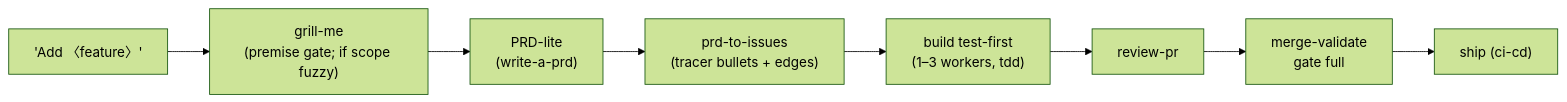
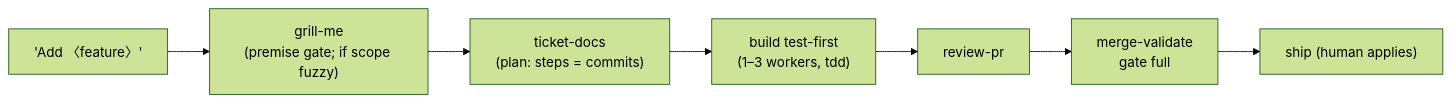
The second of 5 diagrams in docs/workflows.md (KSriki/agent-harness-template), drawn with Mermaid (forest theme) before and after one commit. The commit also changed other lines of this file and 41 other files, not shown here.

````diff
--- a/docs/workflows.md
+++ b/docs/workflows.md
@@ -33,4 +32,4 @@
 ```mermaid
 flowchart LR
-    A["'Add 〈feature〉'"] --> G["grill-me<br/>(premise gate; if scope fuzzy)"] --> P["PRD-lite<br/>(write-a-prd)"] --> T["prd-to-issues<br/>(tracer bullets + edges)"] --> B["build test-first<br/>(1–3 workers, tdd)"] --> R["review-pr"] --> M["merge-validate<br/>gate full"] --> SHIP["ship (ci-cd)"]
+    A["'Add 〈feature〉'"] --> G["grill-me<br/>(premise gate; if scope fuzzy)"] --> T["ticket-docs<br/>(plan: steps = commits)"] --> B["build test-first<br/>(1–3 workers, tdd)"] --> R["review-pr"] --> M["merge-validate<br/>gate full"] --> SHIP["ship (human applies)"]
 ```
````
